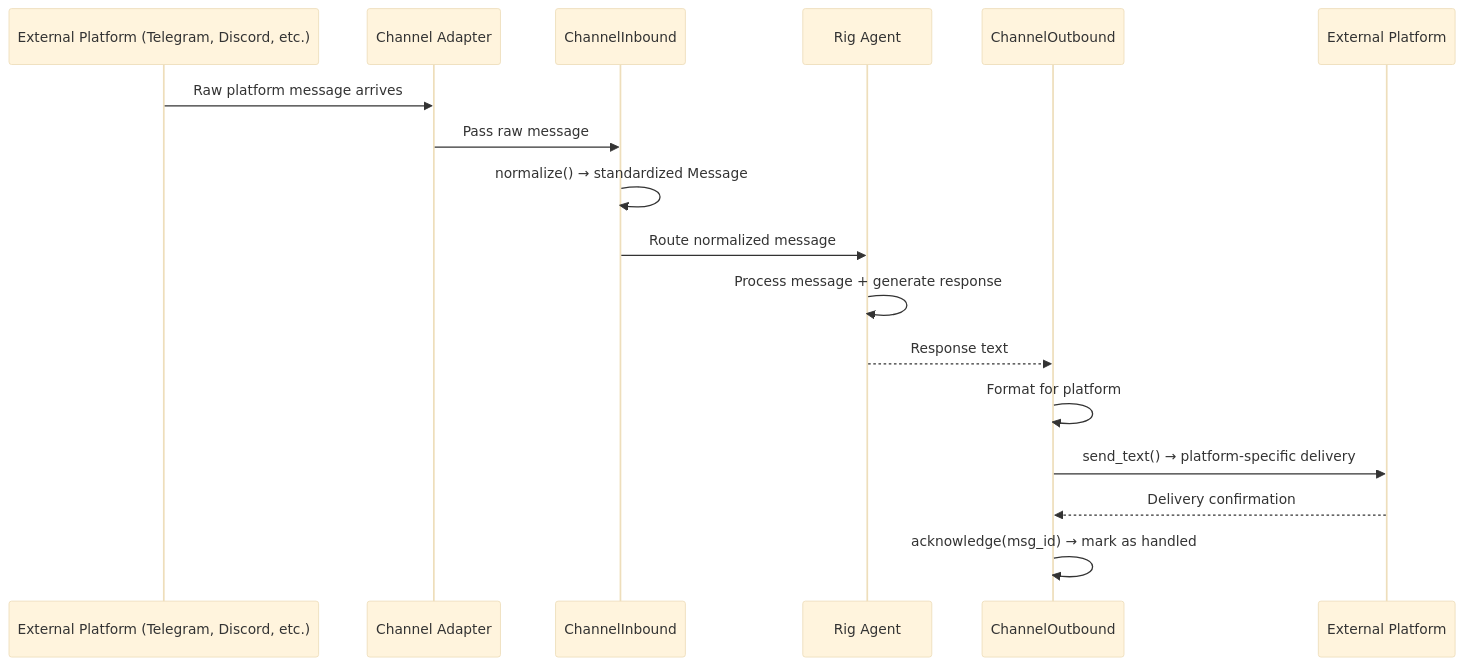
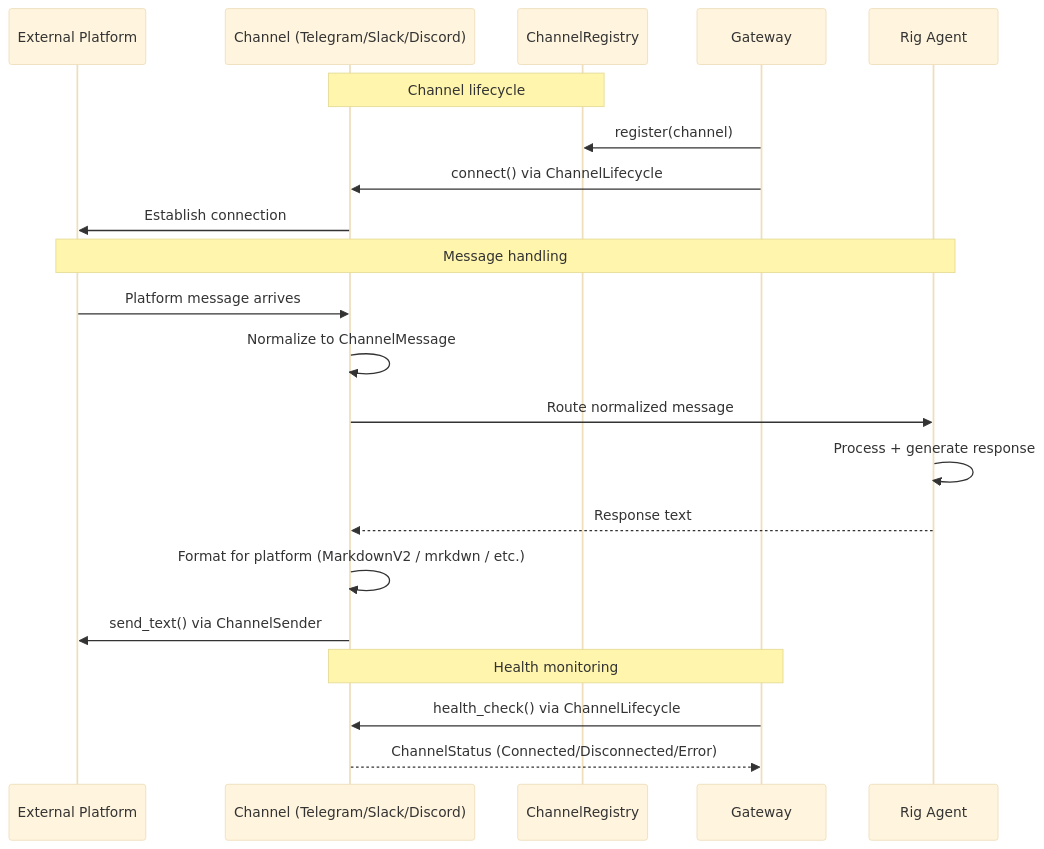
Before and after one commit to sprklai/mesoclaw: the ninth of 13 diagrams in docs/processes.md, drawn with Mermaid (base theme). The commit also changed other lines of this file and 56 other files, not shown here.

````diff
--- a/docs/processes.md
+++ b/docs/processes.md
@@ -258,20 +264,26 @@
 ```mermaid
 sequenceDiagram
-    participant Ext as External Platform (Telegram, Discord, etc.)
-    participant CA as Channel Adapter
-    participant CI as ChannelInbound
+    participant Ext as External Platform
+    participant Ch as Channel (Telegram/Slack/Discord)
+    participant CR as ChannelRegistry
+    participant GW as Gateway
     participant AG as Rig Agent
-    participant CO as ChannelOutbound
-    participant Ext2 as External Platform
 
-    Ext->>CA: Raw platform message arrives
-    CA->>CI: Pass raw message
-    CI->>CI: normalize() → standardized Message
-    CI->>AG: Route normalized message
-    AG->>AG: Process message + generate response
-    AG-->>CO: Response text
-    CO->>CO: Format for platform
-    CO->>Ext2: send_text() → platform-specific delivery
-    Ext2-->>CO: Delivery confirmation
-    CO->>CO: acknowledge(msg_id) → mark as handled
+    Note over Ch,CR: Channel lifecycle
+    GW->>CR: register(channel)
+    GW->>Ch: connect() via ChannelLifecycle
+    Ch->>Ext: Establish connection
+
+    Note over Ext,AG: Message handling
+    Ext->>Ch: Platform message arrives
+    Ch->>Ch: Normalize to ChannelMessage
+    Ch->>AG: Route normalized message
+    AG->>AG: Process + generate response
+    AG-->>Ch: Response text
+    Ch->>Ch: Format for platform (MarkdownV2 / mrkdwn / etc.)
+    Ch->>Ext: send_text() via ChannelSender
+
+    Note over GW,Ch: Health monitoring
+    GW->>Ch: health_check() via ChannelLifecycle
+    Ch-->>GW: ChannelStatus (Connected/Disconnected/Error)
 ```
````
